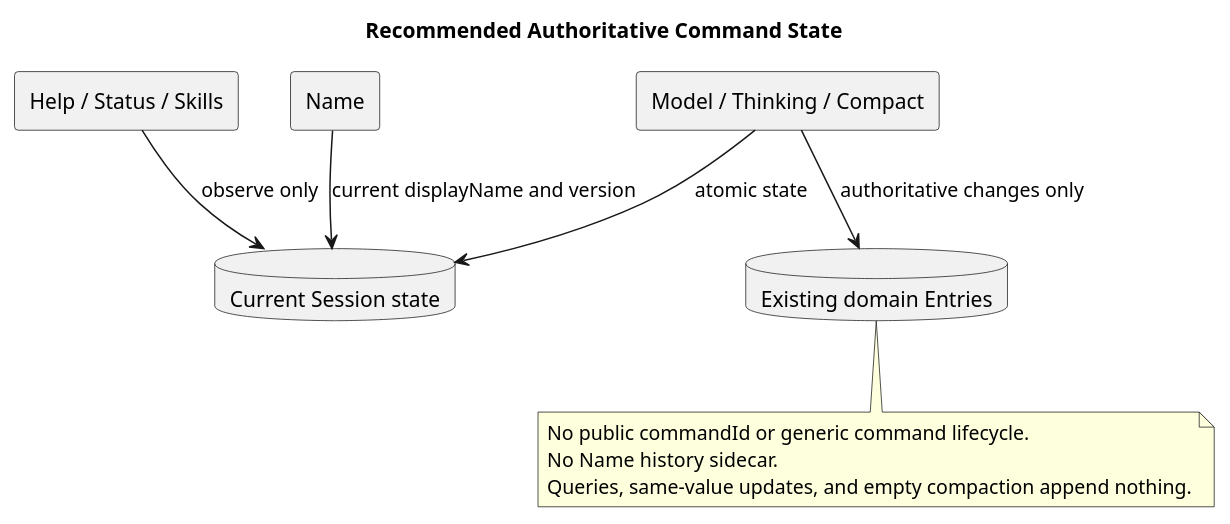
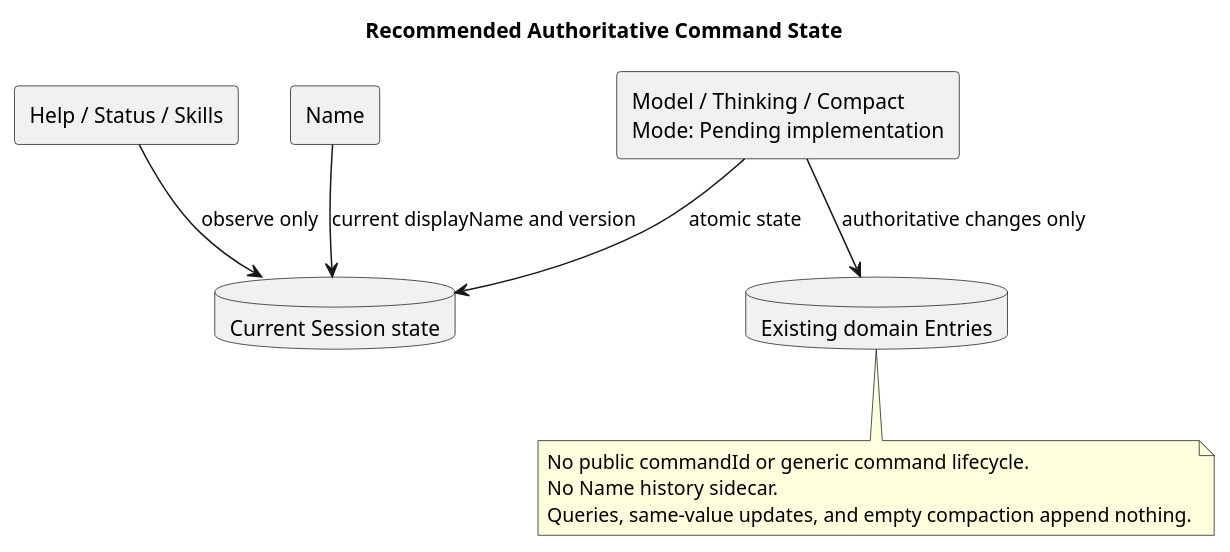
Before and after one commit to ssm0808/pi-mono-java-design: the third of 4 diagrams in 04-命令与技能/00-Slash-Command通用模块/设计图/diagram.puml, drawn with PlantUML. The commit also changed other lines of this file and 36 other files, not shown here.

Commit message:
docs(command): add plan and build mode switching

```diff
--- a/04-命令与技能/00-Slash-Command通用模块/设计图/diagram.puml
+++ b/04-命令与技能/00-Slash-Command通用模块/设计图/diagram.puml
@@ -74,20 +74,20 @@
 @startuml authoritative_command_state
 title Recommended Authoritative Command State
-' Source evidence: pi-mono-java@d84dd3d6 modules/coding-agent-cli/src/main/resources/db/gaussdb/install/session_schema.sql t_sessions.
+' Source evidence: pi-mono-java@53eff85c modules/coding-agent-cli/src/main/java/com/campusclaw/codingagent/runtimeapi/session/RuntimeSessionUpdateService.java prepare; Mode command is pending.
 ' Architecture change: current name and existing domain entries replace generic command history.
 skinparam shadowing false
 rectangle "Help / Status / Skills" as Read
 rectangle Name
-rectangle "Model / Thinking / Compact" as Domain
+rectangle "Model / Thinking / Compact\nMode: Pending implementation" as Domain
 database "Current Session state" as Session
 database "Existing domain Entries" as Entries
 Read --> Session : observe only
 Name --> Session : current displayName and version
 Domain --> Session : atomic state
 Domain --> Entries : authoritative changes only
 note bottom
 No public commandId or generic command lifecycle.
 No Name history sidecar.
 Queries, same-value updates, and empty compaction append nothing.
 end note
 @enduml
```
